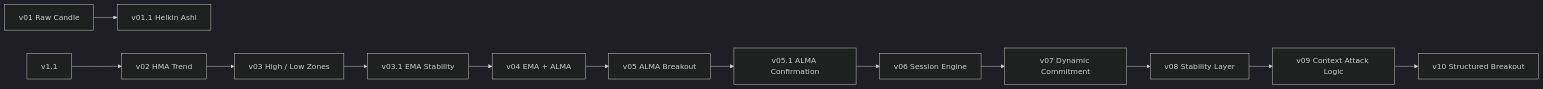
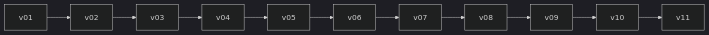
Before and after one commit to Jvkrog/TAlgo: the diagram in README.md, drawn with Mermaid (dark theme). The commit also changed other lines of this file, not shown here.

````diff
--- a/README.md
+++ b/README.md
@@ -456,27 +210,14 @@
 ```mermaid
 flowchart LR
+v1[v01] --> v2[v02]
+v2 --> v3[v03]
+v3 --> v4[v04]
+v4 --> v5[v05]
+v5 --> v6[v06]
+v6 --> v7[v07]
+v7 --> v8[v08]
+v8 --> v9[v09]
+v9 --> v10[v10]
+v10 --> v11[v11]
 
-v1[ v01 Raw Candle ] --> v11[ v01.1 Heikin Ashi ]
-
-v1.1 --> v2[ v02 HMA Trend ]
-
-v2 --> v3[ v03 High / Low Zones ]
-
-v3 --> v3.1[ v03.1 EMA Stability ]
-
-v3.1 --> v4[ v04 EMA + ALMA ]
-
-v4 --> v5[ v05 ALMA Breakout ]
-
-v5 --> v5.1[ v05.1 ALMA Confirmation ]
-
-v5.1 --> v6[ v06 Session Engine ]
-
-v6 --> v7[ v07 Dynamic Commitment ]
-
-v7 --> v8[ v08 Stability Layer ]
-
-v8 --> v9[ v09 Context Attack Logic ]
-
-v9 --> v10[ v10 Structured Breakout ]
 ```
````
